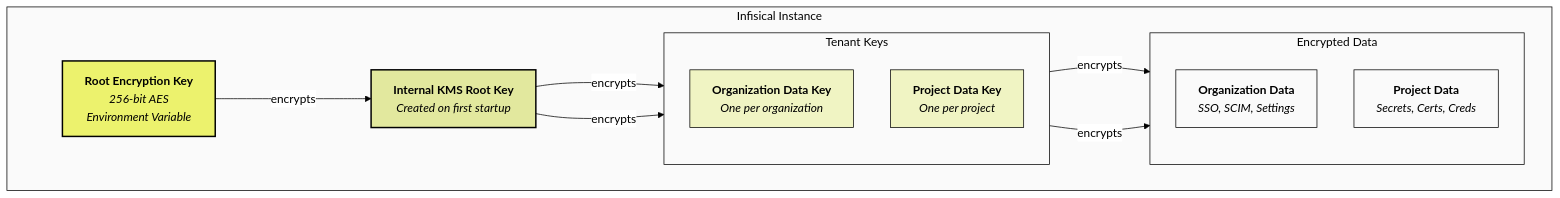
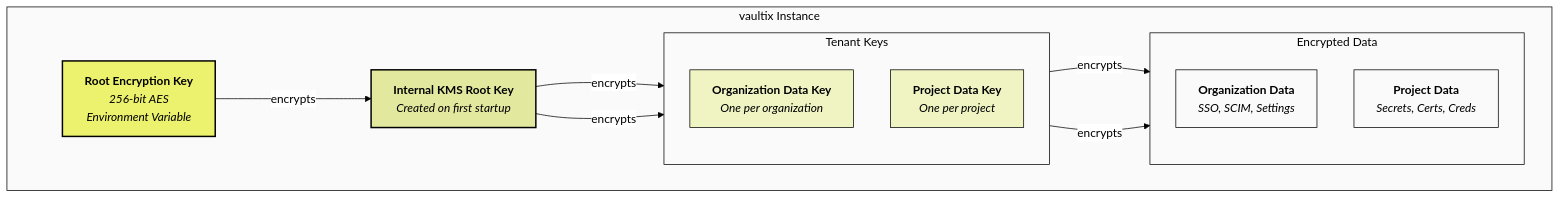
The diagram in core/docs/internals/security.mdx (shippinAI/vaultix), drawn with Mermaid before and after one commit. The commit also changed other lines of this file and 1202 other files, not shown here.

````diff
--- a/core/docs/internals/security.mdx
+++ b/core/docs/internals/security.mdx
@@ -82,63 +82,63 @@
 ```mermaid
 %%{init: {
   'theme': 'base',
   'themeVariables': {
     'primaryColor': '#ECF26D',
     'primaryTextColor': '#000000',
     'primaryBorderColor': '#000000',
     'lineColor': '#000000',
     'secondaryColor': '#F5F5F5',
     'tertiaryColor': '#FFFFFF',
     'background': '#FFFFFF',
     'mainBkg': '#FFFFFF',
     'nodeBorder': '#000000',
     'clusterBkg': '#FAFAFA',
     'clusterBorder': '#000000',
     'titleColor': '#000000',
     'edgeLabelBackground': '#FFFFFF'
   }
 }}%%
 
 flowchart LR
-    subgraph INSTANCE["Infisical Instance"]
+    subgraph INSTANCE["vaultix Instance"]
         direction LR
         
         subgraph LAYER1[" "]
             ROOT["<b>Root Encryption Key</b><br/><i>256-bit AES</i><br/><i>Environment Variable</i>"]
         end
         
         subgraph LAYER2[" "]
             INTERNAL["<b>Internal KMS Root Key</b><br/><i>Created on first startup</i>"]
         end
         
         subgraph LAYER3["Tenant Keys"]
             direction TB
             ORG["<b>Organization Data Key</b><br/><i>One per organization</i>"]
             PROJ["<b>Project Data Key</b><br/><i>One per project</i>"]
         end
         
         subgraph LAYER4["Encrypted Data"]
             direction TB
             ORGDATA["<b>Organization Data</b><br/><i>SSO, SCIM, Settings</i>"]
             PROJDATA["<b>Project Data</b><br/><i>Secrets, Certs, Creds</i>"]
         end
         
         ROOT -->|"encrypts"| INTERNAL
         INTERNAL -->|"encrypts"| ORG
         INTERNAL -->|"encrypts"| PROJ
         ORG -->|"encrypts"| ORGDATA
         PROJ -->|"encrypts"| PROJDATA
     end
 
     classDef rootKey fill:#ECF26D,stroke:#000000,stroke-width:2px,color:#000000
     classDef internalKey fill:#E2E89E,stroke:#000000,stroke-width:2px,color:#000000
     classDef entityKey fill:#F0F4C3,stroke:#000000,stroke-width:1px,color:#000000
     classDef data fill:#FAFAFA,stroke:#000000,stroke-width:1px,color:#000000
     classDef invisible fill:none,stroke:none
     
     class ROOT rootKey
     class INTERNAL internalKey
     class ORG,PROJ entityKey
     class ORGDATA,PROJDATA data
     class LAYER1,LAYER2 invisible
 ```
````
